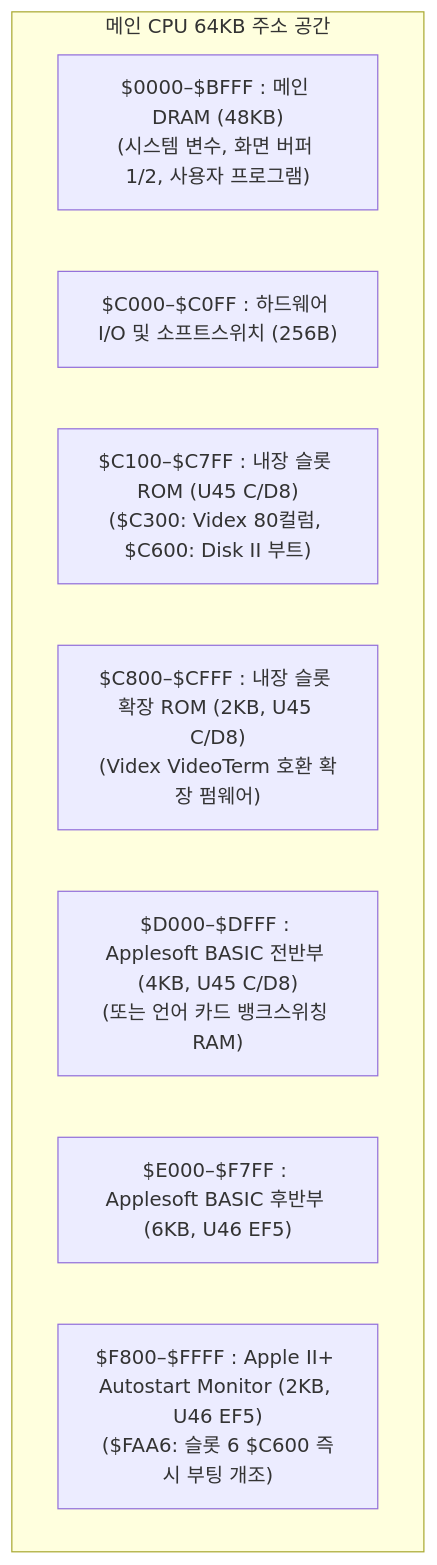
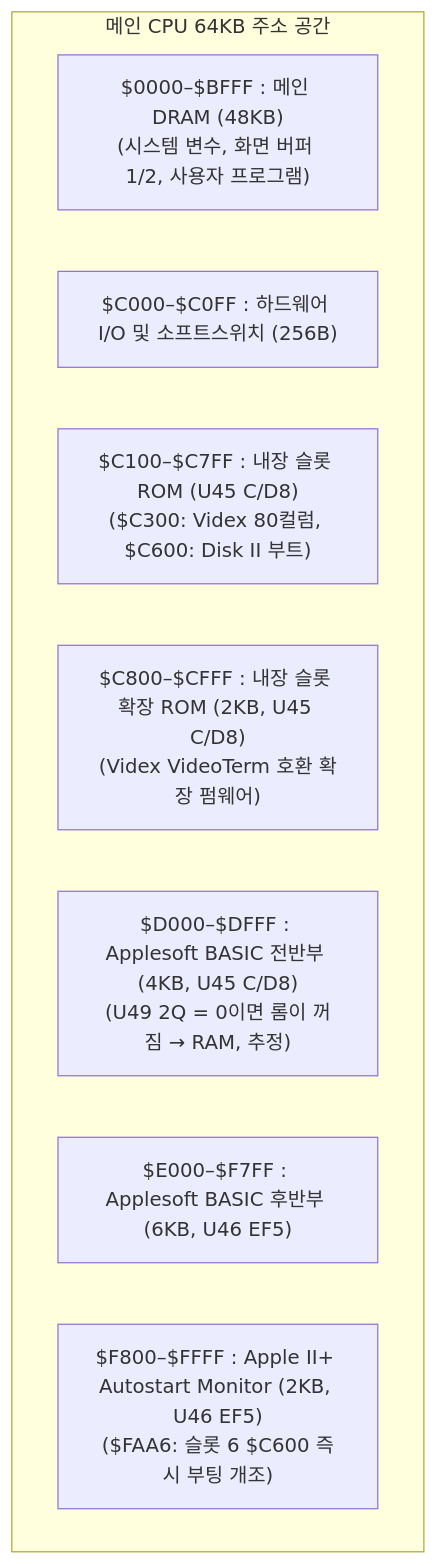
The diagram in docs/12-memory-map.md (mildstorm/HART), drawn with Mermaid before and after one commit. The commit also changed other lines of this file and 1 other file, not shown here.

````diff
--- a/docs/12-memory-map.md
+++ b/docs/12-memory-map.md
@@ -23,12 +23,12 @@
 ```mermaid
 flowchart TD
     subgraph MemoryMap ["메인 CPU 64KB 주소 공간"]
         RAM["$0000–$BFFF : 메인 DRAM (48KB)<br/>(시스템 변수, 화면 버퍼 1/2, 사용자 프로그램)"]
         IO["$C000–$C0FF : 하드웨어 I/O 및 소프트스위치 (256B)"]
         SLOT["$C100–$C7FF : 내장 슬롯 ROM (U45 C/D8)<br/>($C300: Videx 80컬럼, $C600: Disk II 부트)"]
         EXT["$C800–$CFFF : 내장 슬롯 확장 ROM (2KB, U45 C/D8)<br/>(Videx VideoTerm 호환 확장 펌웨어)"]
-        BASIC1["$D000–$DFFF : Applesoft BASIC 전반부 (4KB, U45 C/D8)<br/>(또는 언어 카드 뱅크스위칭 RAM)"]
+        BASIC1["$D000–$DFFF : Applesoft BASIC 전반부 (4KB, U45 C/D8)<br/>(U49 2Q = 0이면 롬이 꺼짐 → RAM, 추정)"]
         BASIC2["$E000–$F7FF : Applesoft BASIC 후반부 (6KB, U46 EF5)"]
         MON["$F800–$FFFF : Apple II+ Autostart Monitor (2KB, U46 EF5)<br/>($FAA6: 슬롯 6 $C600 즉시 부팅 개조)"]
     end
 ```
````
